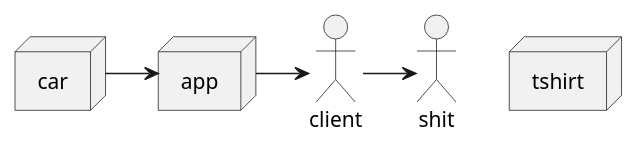
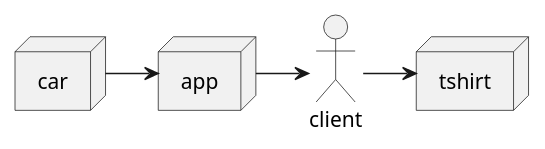
The diagram in testuml.iuml (ilnurIkhsanov/test4), drawn with PlantUML before and after one commit.

```diff
--- a/testuml.iuml
+++ b/testuml.iuml
@@ -1,10 +1,10 @@
 @startuml
 actor client
 node app
 node car
 node tshirt
 
 car -> app
 app -> client
-client -> shit
+client -> tshirt
 @enduml
```
